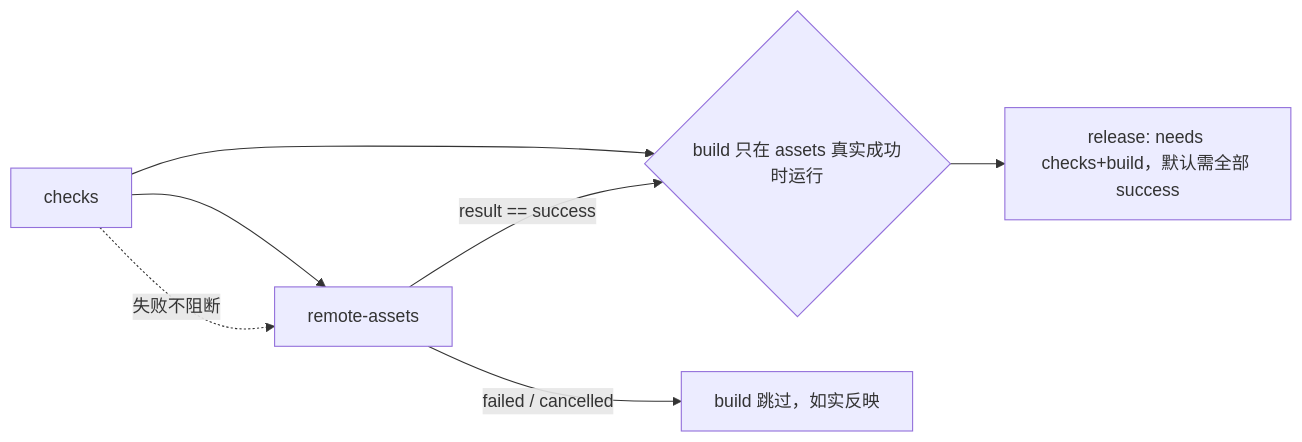
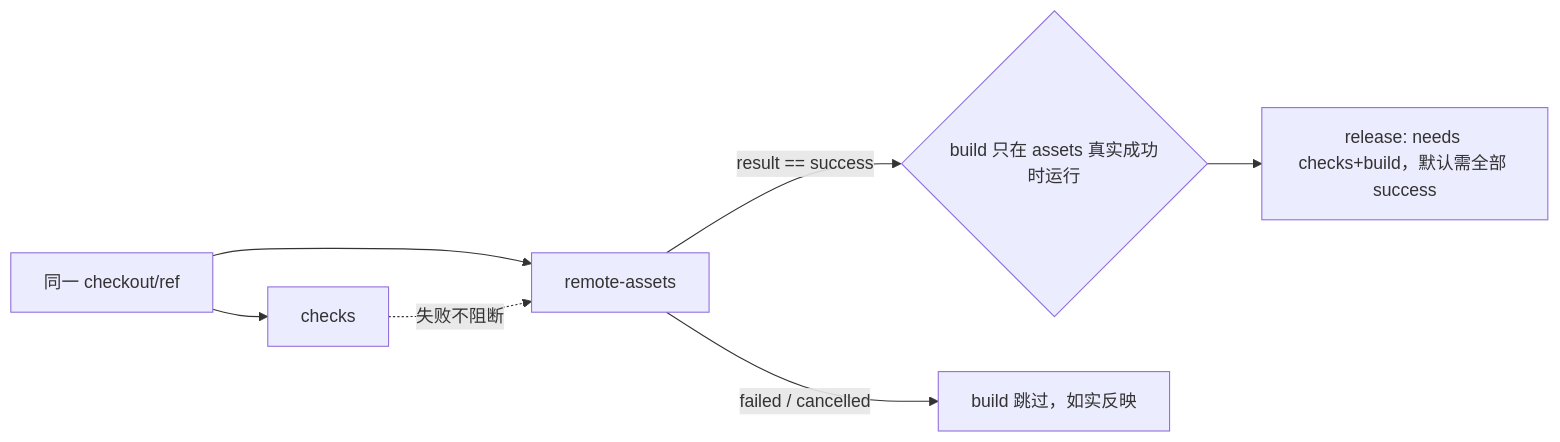
Before and after one commit to No-ni/ZCodium: the second of 2 diagrams in .agents/specs/desktop-ci-release.md, drawn with Mermaid. The commit also changed other lines of this file and 8 other files, not shown here.

````diff
--- a/.agents/specs/desktop-ci-release.md
+++ b/.agents/specs/desktop-ci-release.md
@@ -66,9 +68,9 @@
 ```mermaid
 flowchart LR
-  C[checks] --> A[remote-assets]
-  C --> B{build 只在 assets 真实成功时运行}
-  A -->|result == success| B
+  START[同一 checkout/ref] --> C[checks]
+  START --> A[remote-assets]
+  A -->|result == success| B{build 只在 assets 真实成功时运行}
   A -->|failed / cancelled| S[build 跳过，如实反映]
   B --> R[release: needs checks+build，默认需全部 success]
   C -.->|失败不阻断| A
 ```
````
